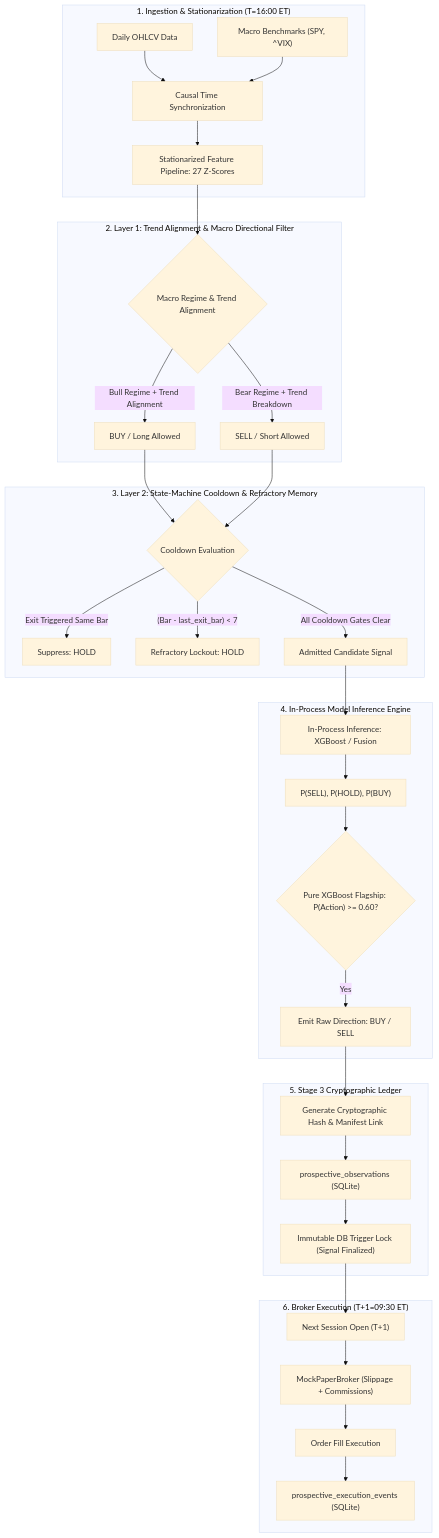
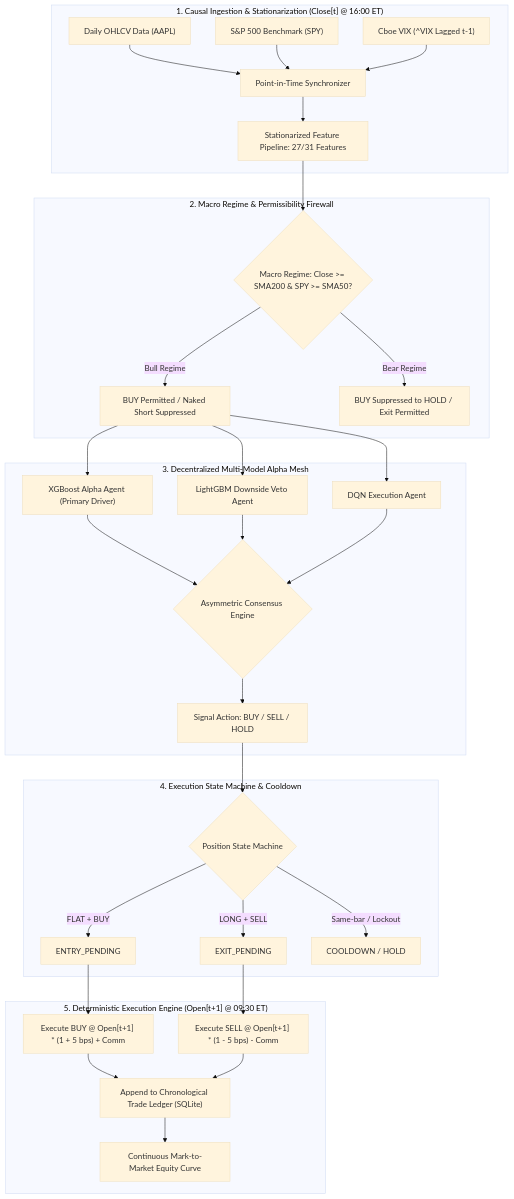
One commit to dhruvin0041/quantitative-trading-platform changed the diagram in README.md. Above: the diagram before and after it, drawn with Mermaid (base theme). The commit also changed other lines of this file, not shown here.

Commit message:
docs: update README to reflect HYDRA V2.4.2+ master forensic remediation and directional baselines

````diff
--- a/README.md
+++ b/README.md
@@ -47,42 +30,40 @@
 ```mermaid
 flowchart TD
-    subgraph Data_Layer ["1. Ingestion & Stationarization (T=16:00 ET)"]
-        MD["Daily OHLCV Data"] --> Sync["Causal Time Synchronization"]
-        BM["Macro Benchmarks (SPY, ^VIX)"] --> Sync
-        Sync --> FE["Stationarized Feature Pipeline: 27 Z-Scores"]
+    subgraph Data_Layer ["1. Causal Ingestion & Stationarization (Close[t] @ 16:00 ET)"]
+        OHLCV["Daily OHLCV Data (AAPL)"] --> PIT["Point-in-Time Synchronizer"]
+        SPY["S&P 500 Benchmark (SPY)"] --> PIT
+        VIX["Cboe VIX (^VIX Lagged t-1)"] --> PIT
+        PIT --> FE["Stationarized Feature Pipeline: 27/31 Features"]
     end
 
-    subgraph Layer1 ["2. Layer 1: Trend Alignment & Macro Directional Filter"]
-        FE --> MacroEval{"Macro Regime & Trend Alignment"}
-        MacroEval -->|"Bull Regime + Trend Alignment"| LongPermitted["BUY / Long Allowed"]
-        MacroEval -->|"Bear Regime + Trend Breakdown"| ShortPermitted["SELL / Short Allowed"]
+    subgraph Macro_Filter ["2. Macro Regime & Permissibility Firewall"]
+        FE --> Regime{"Macro Regime: Close >= SMA200 & SPY >= SMA50?"}
+        Regime -->|"Bull Regime"| LongOK["BUY Permitted / Naked Short Suppressed"]
+        Regime -->|"Bear Regime"| ShortOK["BUY Suppressed to HOLD / Exit Permitted"]
     end
 
-    subgraph Layer2 ["3. Layer 2: State-Machine Cooldown & Refractory Memory"]
-        LongPermitted --> CooldownCheck{"Cooldown Evaluation"}
-        ShortPermitted --> CooldownCheck
-        CooldownCheck -->|"Exit Triggered Same Bar"| SuppressSameBar["Suppress: HOLD"]
-        CooldownCheck -->|"(Bar - last_exit_bar) < 7"| PostStopCooldown["Refractory Lockout: HOLD"]
-        CooldownCheck -->|"All Cooldown Gates Clear"| AdmittedSignal["Admitted Candidate Signal"]
+    subgraph Model_Mesh ["3. Decentralized Multi-Model Alpha Mesh"]
+        LongOK --> XGB["XGBoost Alpha Agent (Primary Driver)"]
+        LongOK --> LGBM["LightGBM Downside Veto Agent"]
+        LongOK --> DQN["DQN Execution Agent"]
+        XGB --> Consensus{"Asymmetric Consensus Engine"}
+        LGBM --> Consensus
+        DQN --> Consensus
+        Consensus --> RawAction["Signal Action: BUY / SELL / HOLD"]
     end
 
-    subgraph Model_Layer ["4. In-Process Model Inference Engine"]
-        AdmittedSignal --> Inf["In-Process Inference: XGBoost / Fusion"]
-        Inf --> ProbDist["P(SELL), P(HOLD), P(BUY)"]
-        ProbDist --> FlagshipGate{"Pure XGBoost Flagship: P(Action) >= 0.60?"}
-        FlagshipGate -->|Yes| RawAction["Emit Raw Direction: BUY / SELL"]
+    subgraph State_Machine ["4. Execution State Machine & Cooldown"]
+        RawAction --> SM{"Position State Machine"}
+        SM -->|"FLAT + BUY"| EntryPending["ENTRY_PENDING"]
+        SM -->|"LONG + SELL"| ExitPending["EXIT_PENDING"]
+        SM -->|"Same-bar / Lockout"| Cooldown["COOLDOWN / HOLD"]
     end
 
-    subgraph Ledger_Layer ["5. Stage 3 Cryptographic Ledger"]
-        RawAction --> HashGen["Generate Cryptographic Hash & Manifest Link"]
-        HashGen --> InsertObs["prospective_observations (SQLite)"]
-        InsertObs --> TriggerBlock["Immutable DB Trigger Lock (Signal Finalized)"]
-    end
-
-    subgraph Execution_Layer ["6. Broker Execution (T+1=09:30 ET)"]
-        TriggerBlock --> TPlus1["Next Session Open (T+1)"]
-        TPlus1 --> BrokerAdapter["MockPaperBroker (Slippage + Commissions)"]
-        BrokerAdapter --> FillOrder["Order Fill Execution"]
-        FillOrder --> SaveEvent["prospective_execution_events (SQLite)"]
+    subgraph Execution_Sim ["5. Deterministic Execution Engine (Open[t+1] @ 09:30 ET)"]
+        EntryPending --> FillBuy["Execute BUY @ Open[t+1] * (1 + 5 bps) + Comm"]
+        ExitPending --> FillSell["Execute SELL @ Open[t+1] * (1 - 5 bps) - Comm"]
+        FillBuy --> Ledger["Append to Chronological Trade Ledger (SQLite)"]
+        FillSell --> Ledger
+        Ledger --> MTM["Continuous Mark-to-Market Equity Curve"]
     end
 ```
````
